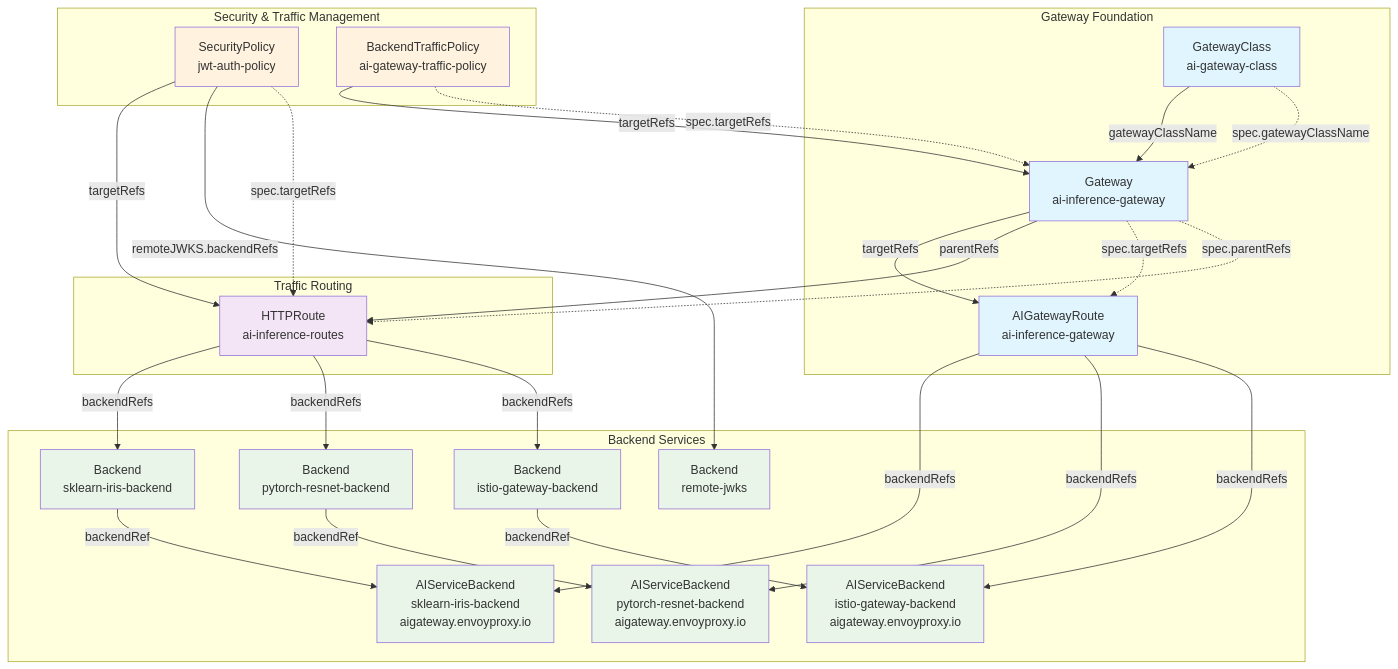
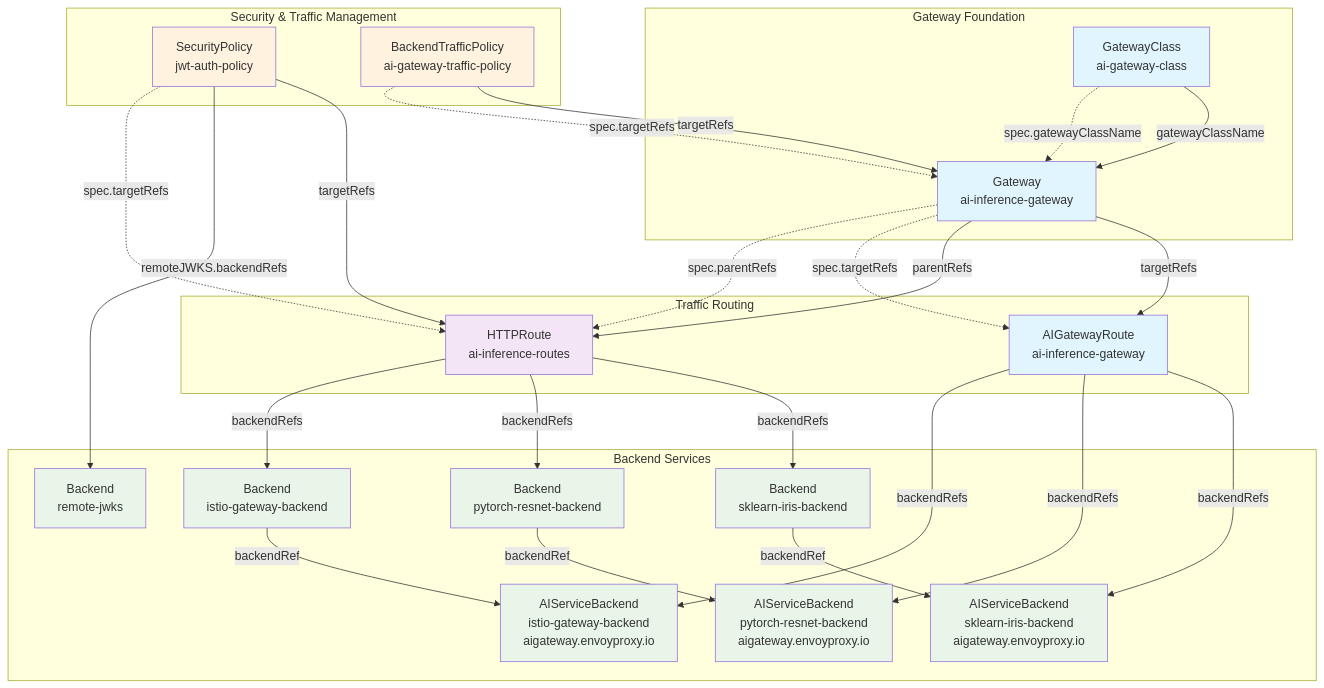
One commit to smarunich/inference-in-a-box changed the third of 5 diagrams in configs/envoy-gateway/README.md. Above: the diagram before and after it, drawn with Mermaid. The commit also changed other lines of this file and 3 other files, not shown here.

First line of the commit message:
Move AIGatewayRoute config to routing and update docs

````diff
--- a/configs/envoy-gateway/README.md
+++ b/configs/envoy-gateway/README.md
@@ -121,73 +122,73 @@
 ```mermaid
 graph TB
     subgraph "Gateway Foundation" [Gateway Foundation]
         GC[GatewayClass<br/>ai-gateway-class]
         G[Gateway<br/>ai-inference-gateway]
-        AGR[AIGatewayRoute<br/>ai-inference-gateway]
     end
     
     subgraph "Backend Definitions" [Backend Services]
         B1[Backend<br/>sklearn-iris-backend]
         B2[Backend<br/>pytorch-resnet-backend]
         B3[Backend<br/>istio-gateway-backend]
         B4[Backend<br/>remote-jwks]
         
         ASB1[AIServiceBackend<br/>sklearn-iris-backend<br/>aigateway.envoyproxy.io]
         ASB2[AIServiceBackend<br/>pytorch-resnet-backend<br/>aigateway.envoyproxy.io]
         ASB3[AIServiceBackend<br/>istio-gateway-backend<br/>aigateway.envoyproxy.io]
     end
     
     subgraph "Security & Policies" [Security & Traffic Management]
         SP[SecurityPolicy<br/>jwt-auth-policy]
         BTP[BackendTrafficPolicy<br/>ai-gateway-traffic-policy]
     end
     
     subgraph "Routing Configuration" [Traffic Routing]
         HR[HTTPRoute<br/>ai-inference-routes]
+        AGR[AIGatewayRoute<br/>ai-inference-gateway]
     end
     
     %% Gateway Foundation Relationships
     GC -->|gatewayClassName| G
     G -->|targetRefs| AGR
     G -->|parentRefs| HR
     
     %% Backend Relationships
     B1 -->|backendRef| ASB1
     B2 -->|backendRef| ASB2
     B3 -->|backendRef| ASB3
     
     %% Security Policy Relationships
     SP -->|targetRefs| HR
     SP -->|remoteJWKS.backendRefs| B4
     
     %% Traffic Policy Relationships
     BTP -->|targetRefs| G
     
     %% Routing Relationships
     HR -->|backendRefs| B1
     HR -->|backendRefs| B2
     HR -->|backendRefs| B3
     
     %% AI Gateway Route Relationships
     AGR -->|backendRefs| ASB1
     AGR -->|backendRefs| ASB2
     AGR -->|backendRefs| ASB3
     
     %% Reference Labels
     GC -.->|"spec.gatewayClassName"| G
     G -.->|"spec.targetRefs"| AGR
     G -.->|"spec.parentRefs"| HR
     SP -.->|"spec.targetRefs"| HR
     BTP -.->|"spec.targetRefs"| G
     
     %% Styling
     classDef gateway fill:#e1f5fe
     classDef backend fill:#e8f5e8
     classDef security fill:#fff3e0
     classDef routing fill:#f3e5f5
     
     class GC,G,AGR gateway
     class B1,B2,B3,B4,ASB1,ASB2,ASB3 backend
     class SP,BTP security
     class HR routing
 ```
````
